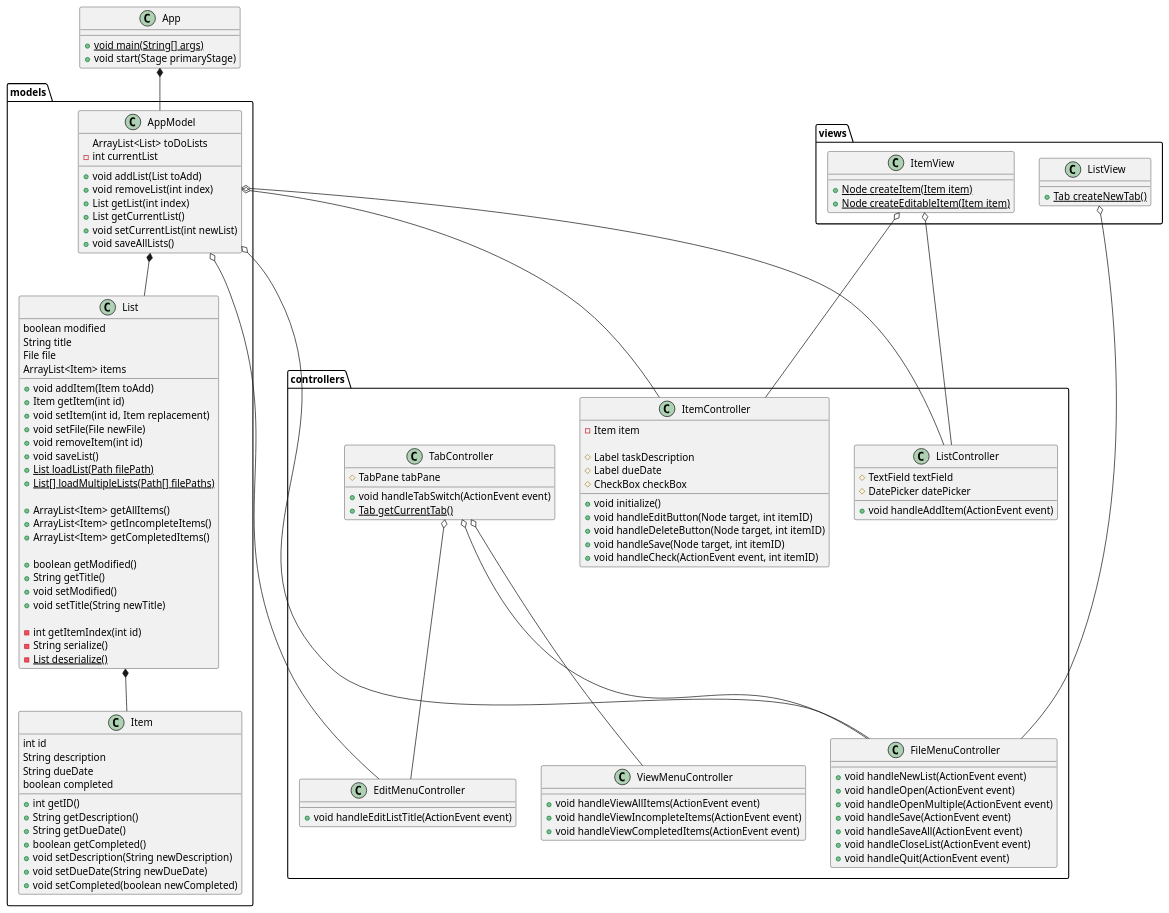
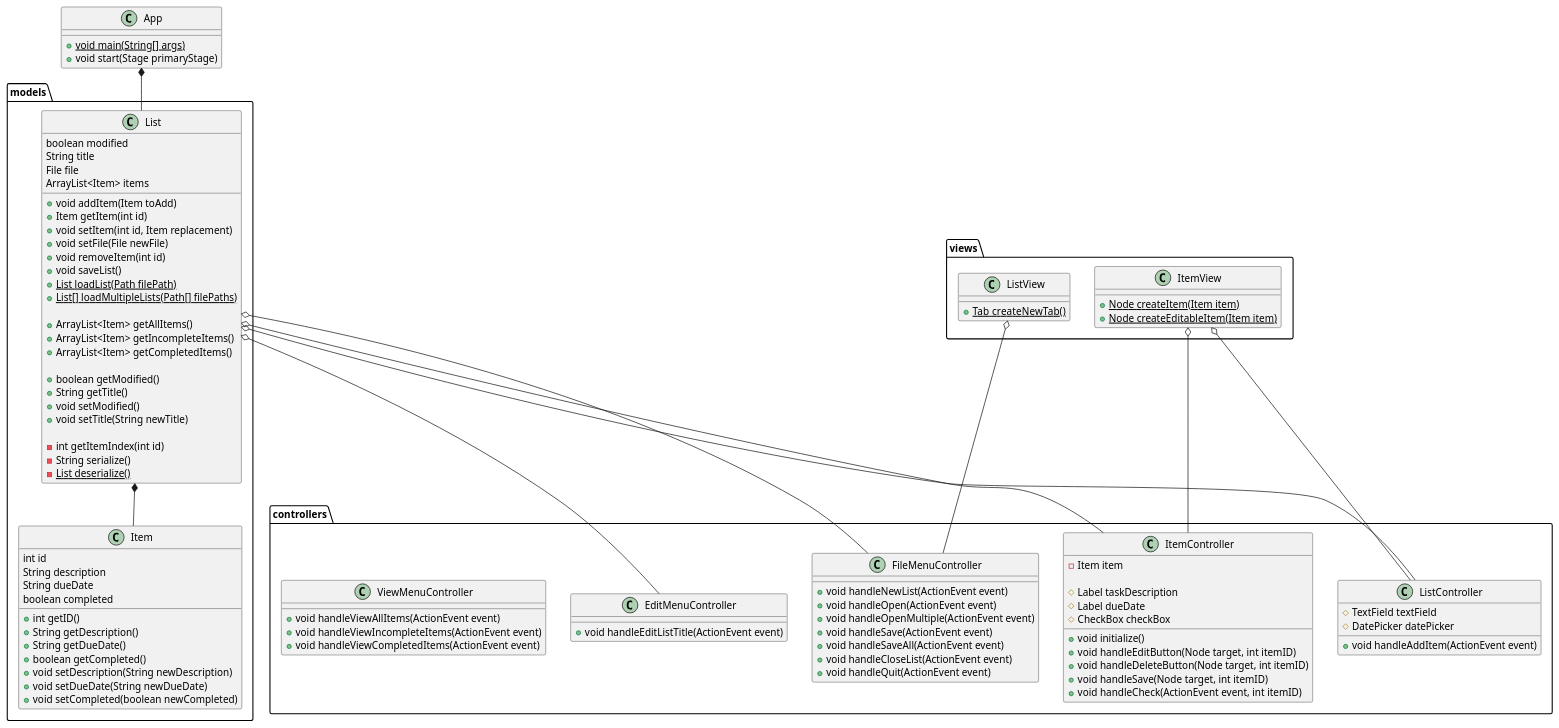
Before and after one commit to brooksmckinley/mckinley-cop3330-assignment4part2: the diagram in uml/Application.puml, drawn with PlantUML. The commit also changed 12 other files, not shown here.

```diff
--- a/uml/Application.puml
+++ b/uml/Application.puml
@@ -1,154 +1,131 @@
 @startuml
 'https://plantuml.com/class-diagram
 
 'Main entrypoint
 
 class App {
     +{static} void main(String[] args)
     +void start(Stage primaryStage)
 }
 
 'Views
 package views {
     class ItemView {
         +{static} Node createItem(Item item)
         +{static} Node createEditableItem(Item item)
     }
 
     class ListView {
         +{static} Tab createNewTab()
     }
 }
 
 'Controllers
 package controllers {
     class ListController {
         #TextField textField
         #DatePicker datePicker
 
         +void handleAddItem(ActionEvent event)
     }
 
     class ItemController {
         -Item item
 
         #Label taskDescription
         #Label dueDate
         #CheckBox checkBox
 
         +void initialize()
         +void handleEditButton(Node target, int itemID)
         +void handleDeleteButton(Node target, int itemID)
         +void handleSave(Node target, int itemID)
         +void handleCheck(ActionEvent event, int itemID)
     }
 
     class FileMenuController {
         +void handleNewList(ActionEvent event)
         +void handleOpen(ActionEvent event)
         +void handleOpenMultiple(ActionEvent event)
         +void handleSave(ActionEvent event)
         +void handleSaveAll(ActionEvent event)
         +void handleCloseList(ActionEvent event)
         +void handleQuit(ActionEvent event)
     }
 
     class EditMenuController {
         +void handleEditListTitle(ActionEvent event)
     }
 
     class ViewMenuController {
         +void handleViewAllItems(ActionEvent event)
         +void handleViewIncompleteItems(ActionEvent event)
         +void handleViewCompletedItems(ActionEvent event)
     }
 
-    class TabController {
-        #TabPane tabPane
-
-        +void handleTabSwitch(ActionEvent event)
-        +{static} Tab getCurrentTab()
-    }
-
-    TabController o-- EditMenuController
-    TabController o-- FileMenuController
-    TabController o-- ViewMenuController
-
 }
 
 'Models
 
 package models {
-    class AppModel {
-        ArrayList<List> toDoLists
-        -int currentList
-
-        +void addList(List toAdd)
-        +void removeList(int index)
-        +List getList(int index)
-        +List getCurrentList()
-        +void setCurrentList(int newList)
-        +void saveAllLists()
-    }
 
     class List {
         boolean modified
         String title
         File file
         ArrayList<Item> items
 
         +void addItem(Item toAdd)
         +Item getItem(int id)
         +void setItem(int id, Item replacement)
         +void setFile(File newFile)
         +void removeItem(int id)
         +void saveList()
         {static} +List loadList(Path filePath)
         {static} +List[] loadMultipleLists(Path[] filePaths)
 
         +ArrayList<Item> getAllItems()
         +ArrayList<Item> getIncompleteItems()
         +ArrayList<Item> getCompletedItems()
 
         +boolean getModified()
         +String getTitle()
         +void setModified()
         +void setTitle(String newTitle)
 
         -int getItemIndex(int id)
         -String serialize()
         -{static} List deserialize()
     }
 
     class Item {
         int id
         String description
         String dueDate
         boolean completed
 
         +int getID()
         +String getDescription()
         +String getDueDate()
         +boolean getCompleted()
         +void setDescription(String newDescription)
         +void setDueDate(String newDueDate)
         +void setCompleted(boolean newCompleted)
     }
 
-    AppModel *-- List
     List *-- Item
 }
 
 'Cross-Package dependencies
-AppModel o-- ListController
-AppModel o-- FileMenuController
-AppModel o-- EditMenuController
-AppModel o-- ItemController
+List o-- ListController
+List o-- FileMenuController
+List o-- EditMenuController
+List o-- ItemController
 ItemView o-- ListController
 ItemView o-- ItemController
 ListView o-- FileMenuController
 
-App *-- AppModel
+App *-- List
 
 
 @enduml
```
